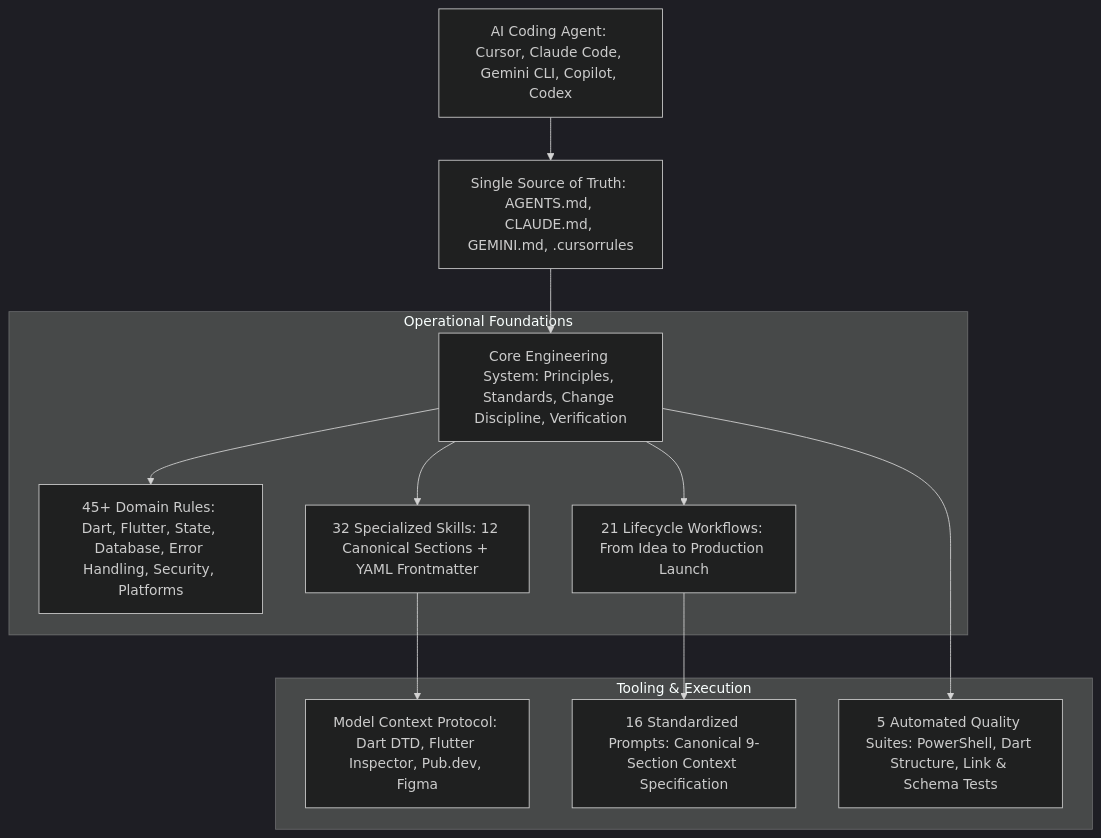
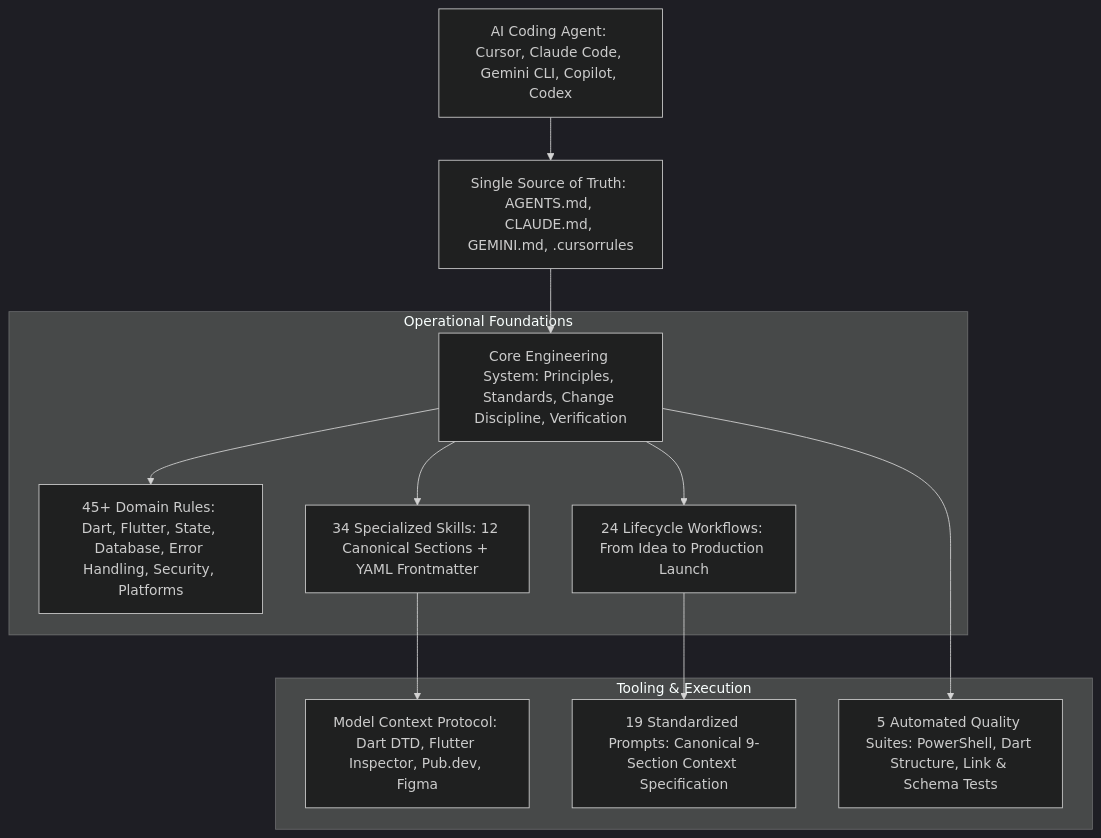
The diagram in README.md (valaprashant97/flutter-agent-kit), drawn with Mermaid (dark theme) before and after one commit. The commit also changed other lines of this file and 5 other files, not shown here.

First line of the commit message:
docs(system): synchronize architecture blueprints, catalogs, release changelog, and tasks roadmap

````diff
--- a/README.md
+++ b/README.md
@@ -29,17 +33,17 @@
 ```mermaid
 graph TD
     Agent[AI Coding Agent: Cursor, Claude Code, Gemini CLI, Copilot, Codex] --> Entry[Single Source of Truth: AGENTS.md, CLAUDE.md, GEMINI.md, .cursorrules]
     Entry --> Core[Core Engineering System: Principles, Standards, Change Discipline, Verification]
     
     subgraph Operational Foundations
         Core --> Rules[45+ Domain Rules: Dart, Flutter, State, Database, Error Handling, Security, Platforms]
-        Core --> Skills[32 Specialized Skills: 12 Canonical Sections + YAML Frontmatter]
-        Core --> Workflows[21 Lifecycle Workflows: From Idea to Production Launch]
+        Core --> Skills[34 Specialized Skills: 12 Canonical Sections + YAML Frontmatter]
+        Core --> Workflows[24 Lifecycle Workflows: From Idea to Production Launch]
     end
     
     subgraph Tooling & Execution
         Skills --> MCP[Model Context Protocol: Dart DTD, Flutter Inspector, Pub.dev, Figma]
-        Workflows --> Prompts[16 Standardized Prompts: Canonical 9-Section Context Specification]
+        Workflows --> Prompts[19 Standardized Prompts: Canonical 9-Section Context Specification]
         Core --> Validation[5 Automated Quality Suites: PowerShell, Dart Structure, Link & Schema Tests]
     end
 ```
````
